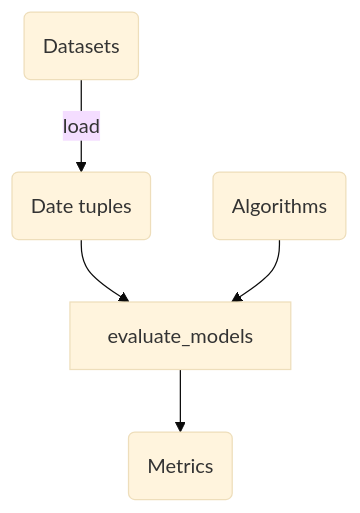
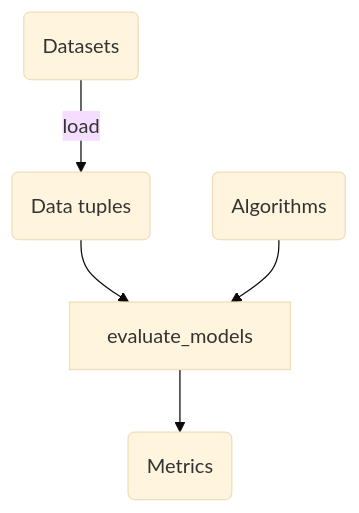
The diagram in README.md (wearepal/EthicML), drawn with Mermaid (base theme) before and after one commit.

````diff
--- a/README.md
+++ b/README.md
@@ -59,7 +59,7 @@
 ```mermaid
 flowchart TD
-    A(Datasets) -- load --> B(Date tuples);
+    A(Datasets) -- load --> B(Data tuples);
     B --> C[evaluate_models];
     G(Algorithms) --> C;
     C --> D(Metrics);
 ```
````
